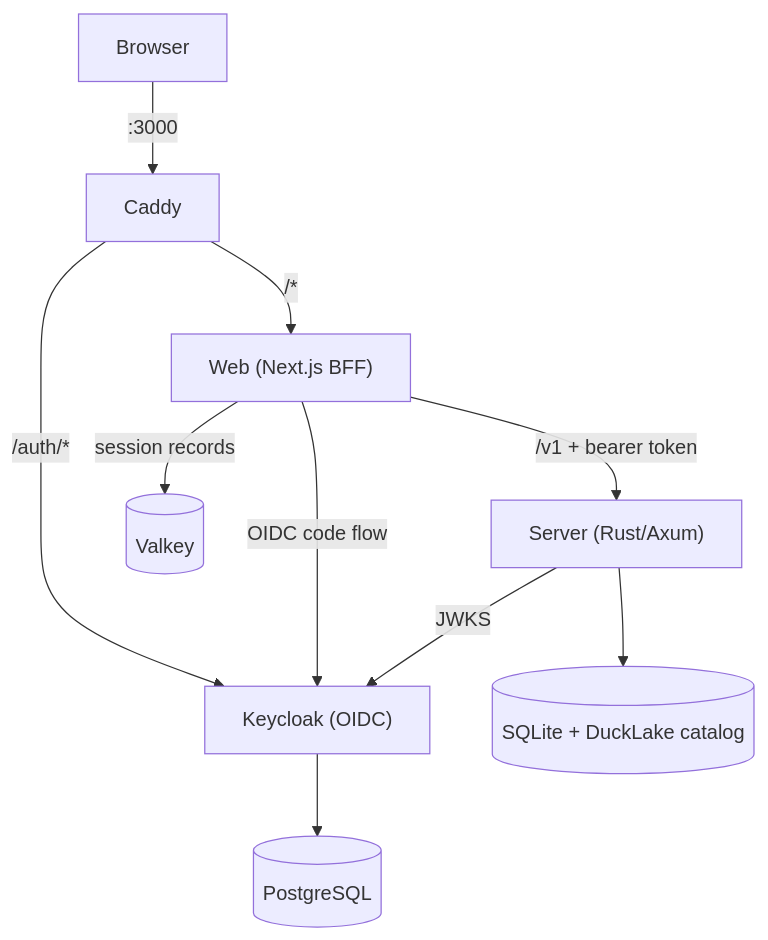
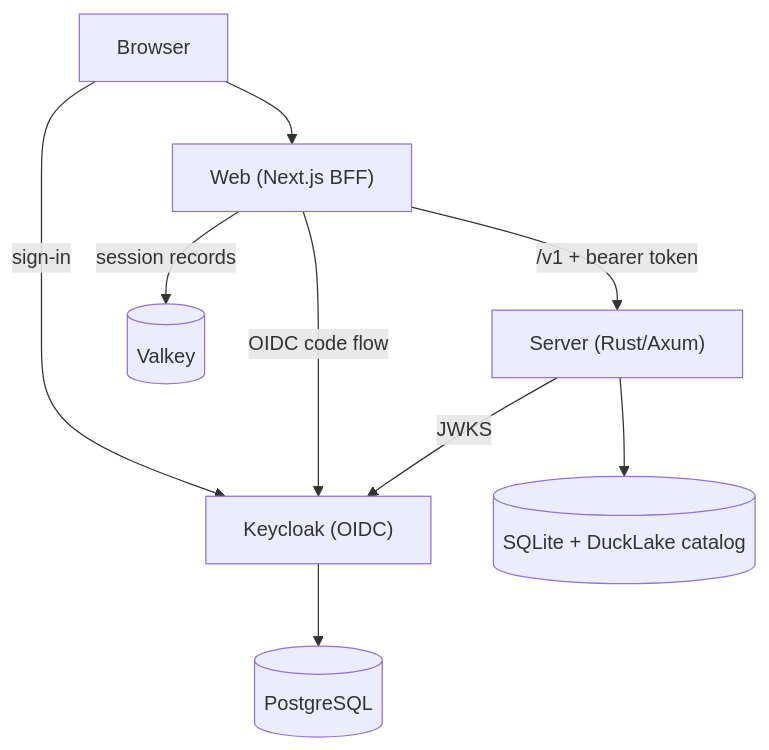
One commit to Kanzo-Tech/keasy changed the diagram in README.md. Above: the diagram before and after it, drawn with Mermaid. The commit also changed other lines of this file and 1 other file, not shown here.

````diff
--- a/README.md
+++ b/README.md
@@ -56,12 +63,11 @@
 ```mermaid
 graph TD
-    Browser -->|":3000"| Caddy
-    Caddy -->|"/auth/*"| Keycloak["Keycloak (OIDC)"]
-    Caddy -->|"/*"| Web["Web (Next.js BFF)"]
+    Browser --> Web["Web (Next.js BFF)"]
+    Browser -->|"sign-in"| Keycloak["Keycloak (OIDC)"]
     Web -->|"/v1 + bearer token"| Server["Server (Rust/Axum)"]
     Web -->|"OIDC code flow"| Keycloak
     Web -->|"session records"| Valkey[("Valkey")]
     Server -->|"JWKS"| Keycloak
     Server --> SQLite[("SQLite + DuckLake catalog")]
     Keycloak --> PostgreSQL[("PostgreSQL")]
 ```
````
